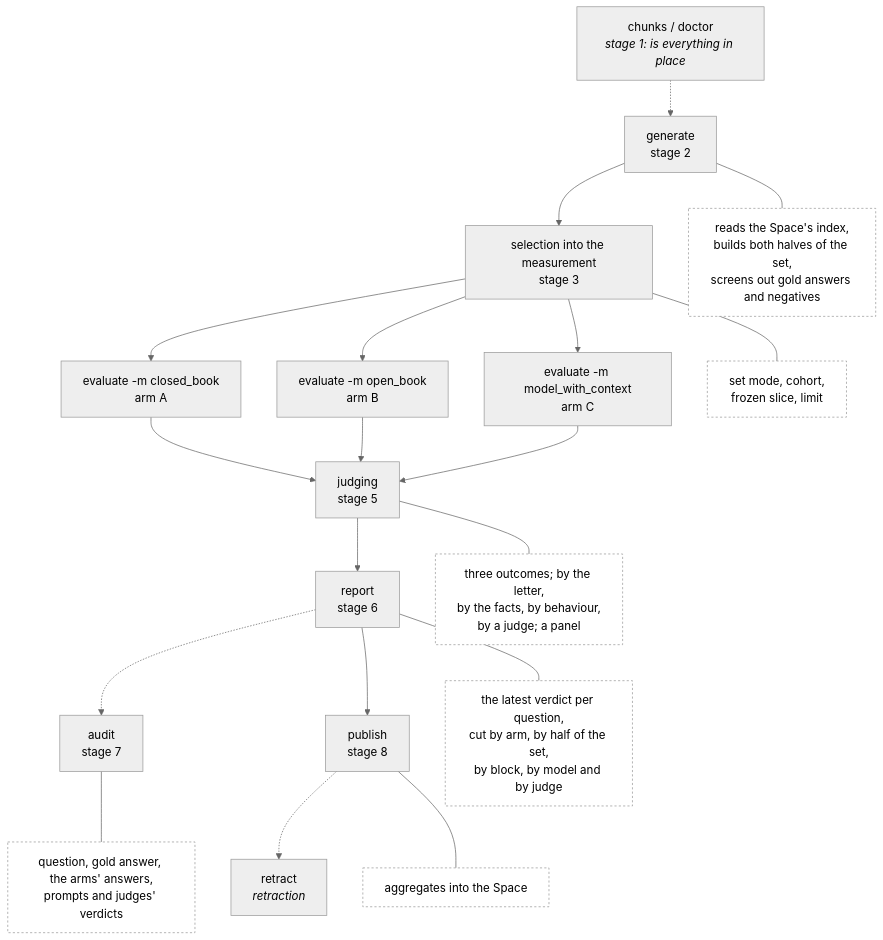
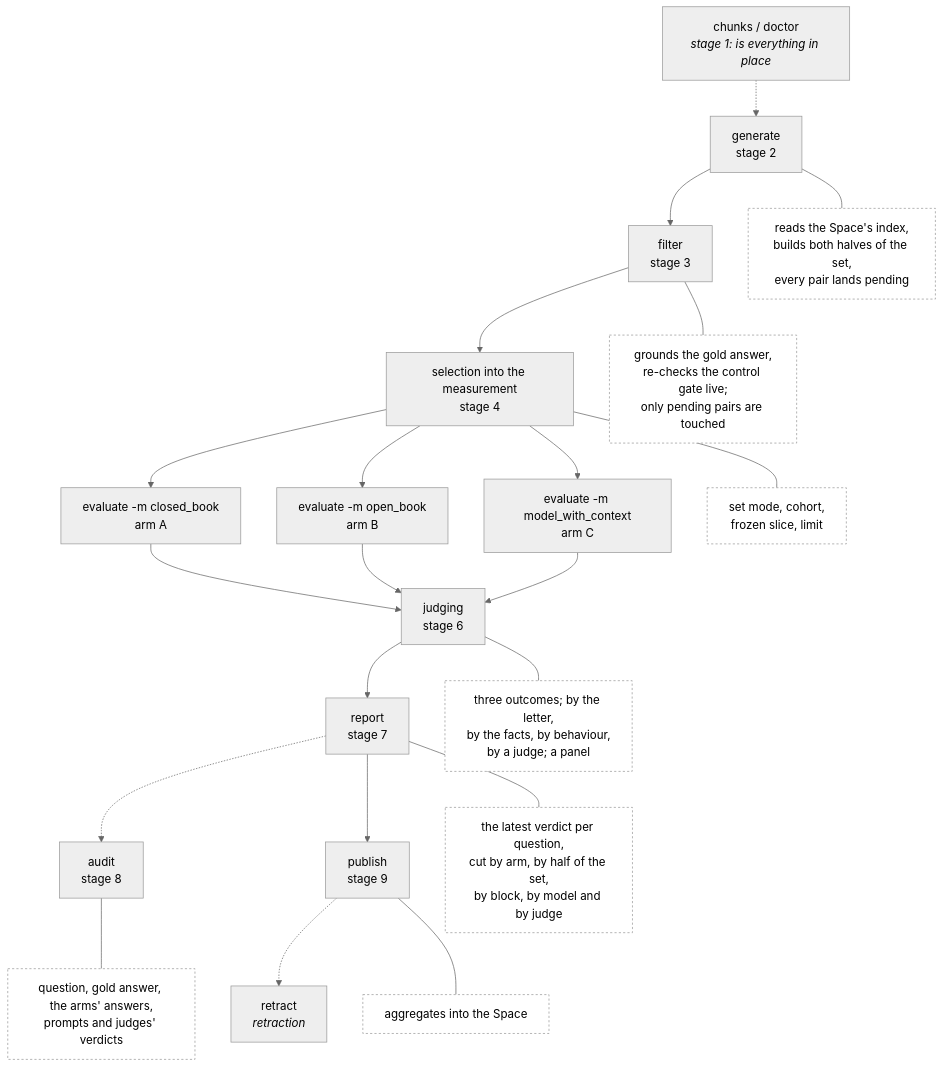
The second of 2 diagrams in packages/benchmark/docs/README.md (OpenMined/syft-space), drawn with Mermaid (neutral theme) before and after one commit. The commit also changed other lines of this file and 85 other files, not shown here.

Commit message:
feat(benchmark): add a live console for running, judging, and publishing benchmark passes

````diff
--- a/packages/benchmark/docs/README.md
+++ b/packages/benchmark/docs/README.md
@@ -94,29 +95,32 @@
 ```mermaid
 flowchart TB
     A["chunks / doctor<br/><i>stage 1: is everything in place</i>"] -.-> B
-    B["generate<br/>stage 2"] --> S["selection into the measurement<br/>stage 3"]
+    B["generate<br/>stage 2"] --> FI["filter<br/>stage 3"]
+    FI --> S["selection into the measurement<br/>stage 4"]
     S --> C["evaluate -m closed_book<br/>arm A"]
     S --> D["evaluate -m open_book<br/>arm B"]
     S --> H["evaluate -m model_with_context<br/>arm C"]
-    C --> J["judging<br/>stage 5"]
+    C --> J["judging<br/>stage 6"]
     D --> J
     H --> J
-    J --> E["report<br/>stage 6"]
-    E -.-> AU["audit<br/>stage 7"]
-    E --> F["publish<br/>stage 8"]
+    J --> E["report<br/>stage 7"]
+    E -.-> AU["audit<br/>stage 8"]
+    E --> F["publish<br/>stage 9"]
     F -.-> G["retract<br/><i>retraction</i>"]
 
-    B --- b1["reads the Space's index,<br/>builds both halves of the set,<br/>screens out gold answers and negatives"]
+    B --- b1["reads the Space's index,<br/>builds both halves of the set,<br/>every pair lands pending"]
+    FI --- fi1["grounds the gold answer,<br/>re-checks the control gate live;<br/>only pending pairs are touched"]
     S --- s1["set mode, cohort,<br/>frozen slice, limit"]
     J --- j1["three outcomes; by the letter,<br/>by the facts, by behaviour,<br/>by a judge; a panel"]
     E --- e1["the latest verdict per question,<br/>cut by arm, by half of the set,<br/>by block, by model and by judge"]
     AU --- a1["question, gold answer, the arms' answers,<br/>prompts and judges' verdicts"]
     F --- f1["aggregates into the Space"]
 
     style b1 fill:#fff,stroke-dasharray: 3 3
+    style fi1 fill:#fff,stroke-dasharray: 3 3
     style s1 fill:#fff,stroke-dasharray: 3 3
     style j1 fill:#fff,stroke-dasharray: 3 3
     style e1 fill:#fff,stroke-dasharray: 3 3
     style a1 fill:#fff,stroke-dasharray: 3 3
     style f1 fill:#fff,stroke-dasharray: 3 3
 ```
````
